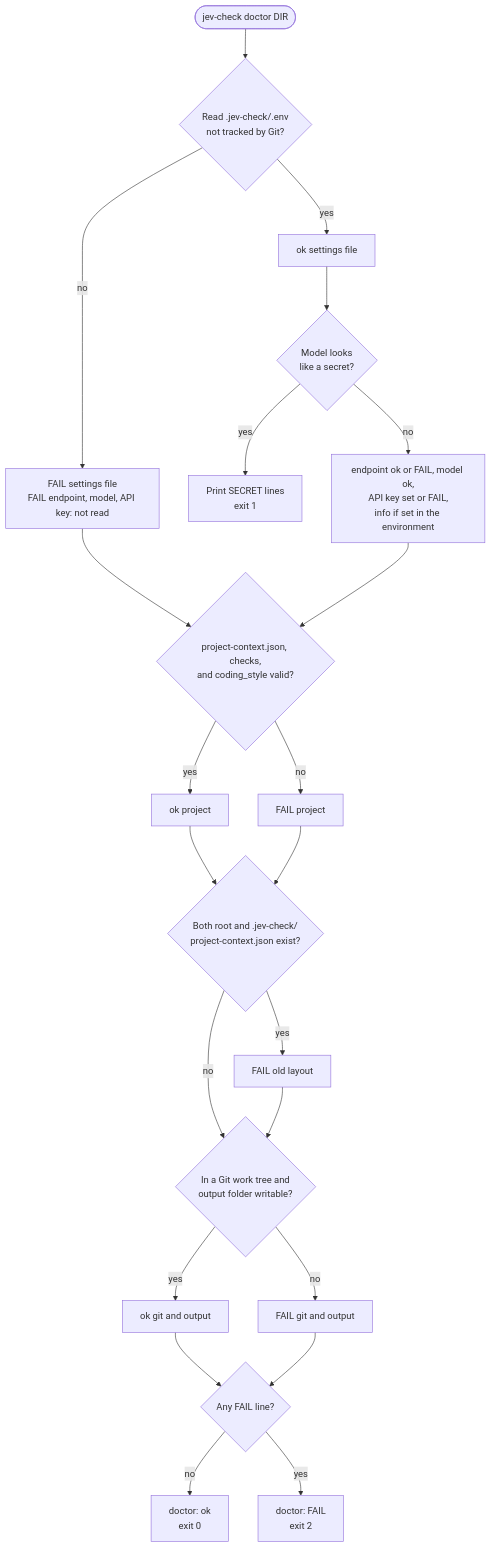
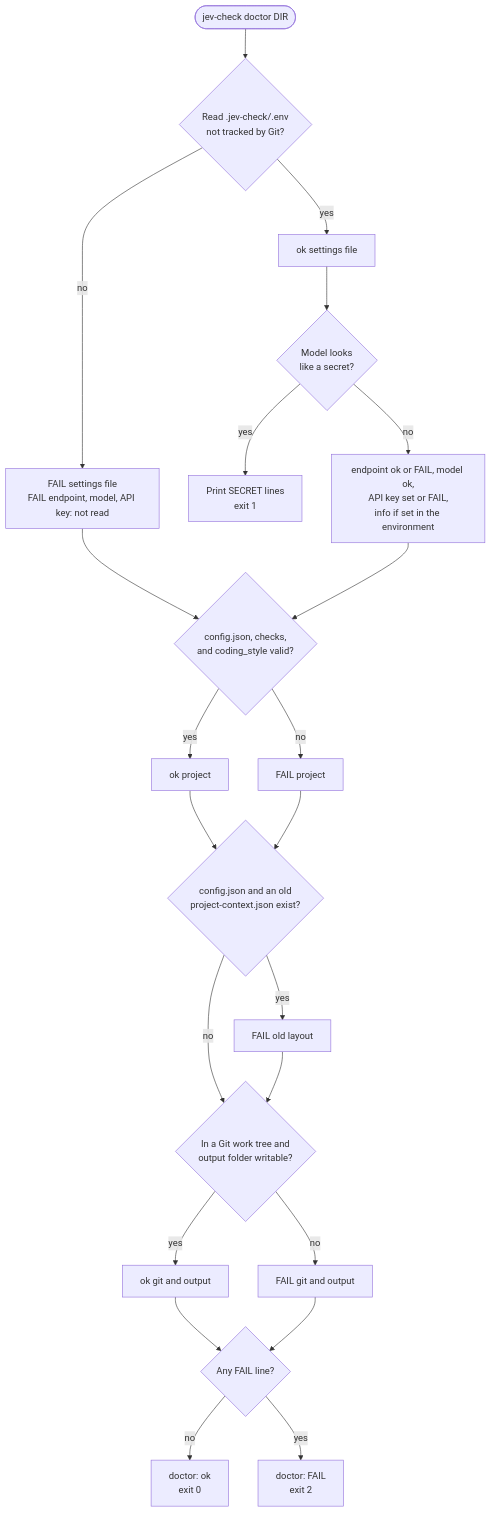
One commit to luisferrassini/jev-check changed diagram 12 of 12 in README.md. Above: the diagram before and after it, drawn with Mermaid. The commit also changed other lines of this file and 14 other files, not shown here.

First line of the commit message:
Rename .jev-check/project-context.json to config.json, and add a CONTEXT.md glossary

````diff
--- a/README.md
+++ b/README.md
@@ -1007,24 +1013,24 @@
 ```mermaid
 flowchart TD
     s(["jev-check doctor DIR"]) --> env{"Read .jev-check/.env<br/>not tracked by Git?"}
     env -- "no" --> fenv["FAIL settings file<br/>FAIL endpoint, model, API key: not read"]
     env -- "yes" --> okenv["ok settings file"]
     okenv --> model{"Model looks<br/>like a secret?"}
     model -- "yes" --> sec["Print SECRET lines<br/>exit 1"]
     model -- "no" --> lines["endpoint ok or FAIL, model ok,<br/>API key set or FAIL,<br/>info if set in the environment"]
     fenv --> proj
-    lines --> proj{"project-context.json, checks,<br/>and coding_style valid?"}
+    lines --> proj{"config.json, checks,<br/>and coding_style valid?"}
     proj -- "yes" --> okp["ok project"]
     proj -- "no" --> fp["FAIL project"]
     okp --> old
-    fp --> old{"Both root and .jev-check/<br/>project-context.json exist?"}
+    fp --> old{"config.json and an old<br/>project-context.json exist?"}
     old -- "yes" --> fold["FAIL old layout"]
     old -- "no" --> gitout
     fold --> gitout{"In a Git work tree and<br/>output folder writable?"}
     gitout -- "yes" --> okg["ok git and output"]
     gitout -- "no" --> fg["FAIL git and output"]
     okg --> end1{"Any FAIL line?"}
     fg --> end1
     end1 -- "no" --> ok["doctor: ok<br/>exit 0"]
     end1 -- "yes" --> f2["doctor: FAIL<br/>exit 2"]
 ```
````
